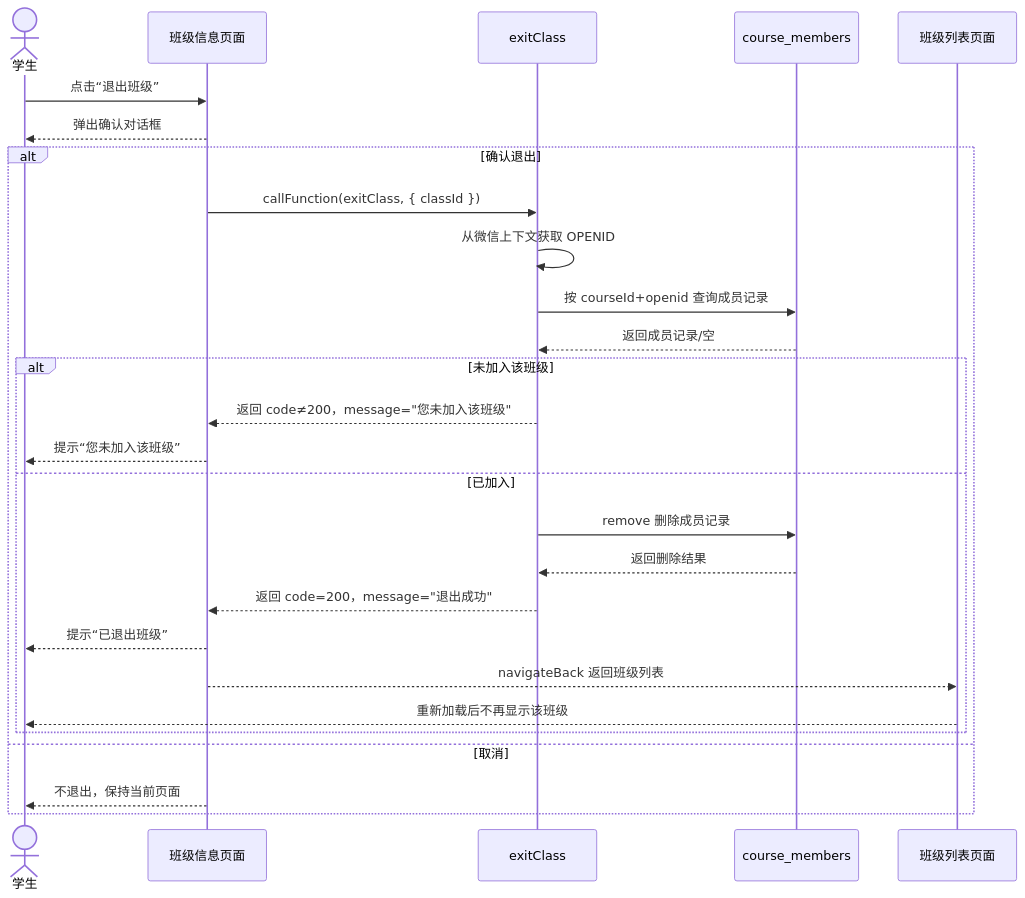
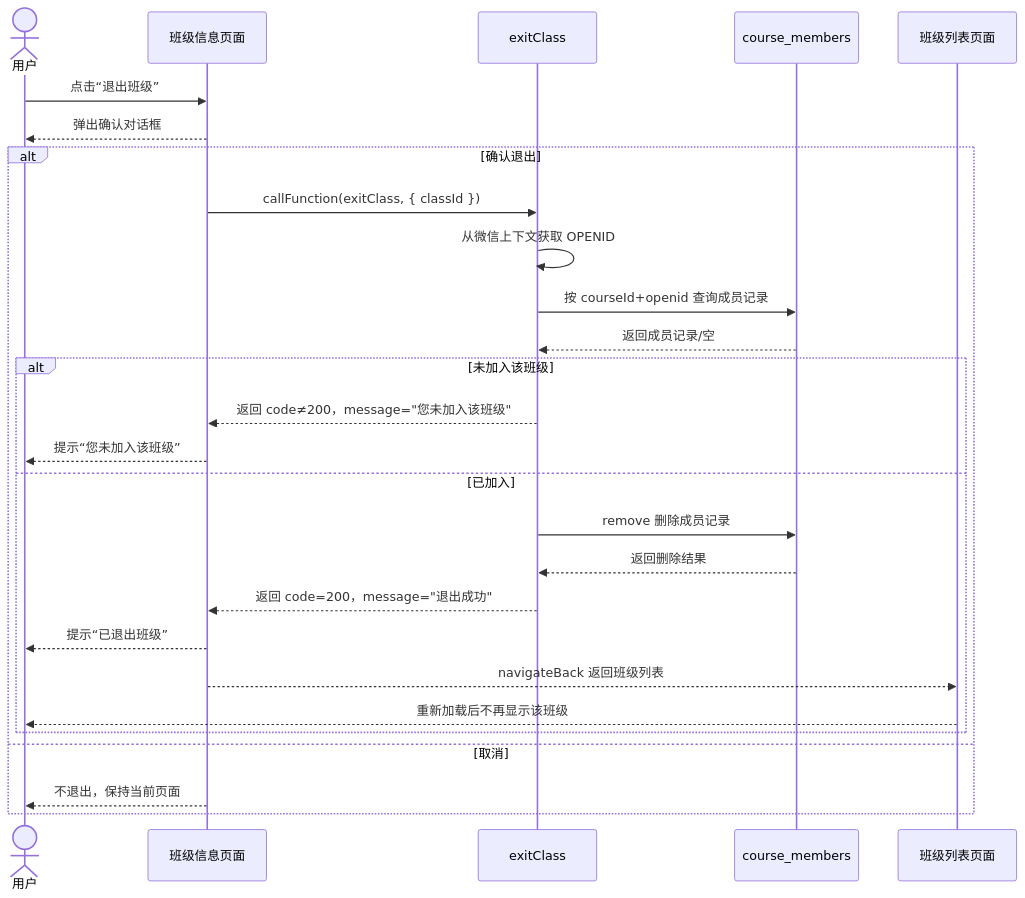
The sixth of 20 diagrams in 第三章 系统需求分析.md (hanohano111/ClassInformationManagementSystem), drawn with Mermaid before and after one commit. The commit also changed other lines of this file and 28 other files, not shown here.

````diff
--- a/第三章 系统需求分析.md
+++ b/第三章 系统需求分析.md
@@ -406,30 +259,30 @@
 ```mermaid
 sequenceDiagram
-    actor 学生
+    actor 用户
     participant 信息页 as 班级信息页面
     participant 云函数 as exitClass
     participant 成员表 as course_members
     participant 列表页 as 班级列表页面
 
-    学生->>信息页: 点击“退出班级”
-    信息页-->>学生: 弹出确认对话框
+    用户->>信息页: 点击“退出班级”
+    信息页-->>用户: 弹出确认对话框
     alt 确认退出
         信息页->>云函数: callFunction(exitClass, { classId })
         云函数->>云函数: 从微信上下文获取 OPENID
         云函数->>成员表: 按 courseId+openid 查询成员记录
         成员表-->>云函数: 返回成员记录/空
         alt 未加入该班级
             云函数-->>信息页: 返回 code≠200，message="您未加入该班级"
-            信息页-->>学生: 提示“您未加入该班级”
+            信息页-->>用户: 提示“您未加入该班级”
         else 已加入
             云函数->>成员表: remove 删除成员记录
             成员表-->>云函数: 返回删除结果
             云函数-->>信息页: 返回 code=200，message="退出成功"
-            信息页-->>学生: 提示“已退出班级”
+            信息页-->>用户: 提示“已退出班级”
             信息页-->>列表页: navigateBack 返回班级列表
-            列表页-->>学生: 重新加载后不再显示该班级
+            列表页-->>用户: 重新加载后不再显示该班级
         end
     else 取消
-        信息页-->>学生: 不退出，保持当前页面
+        信息页-->>用户: 不退出，保持当前页面
     end
 ```
````
